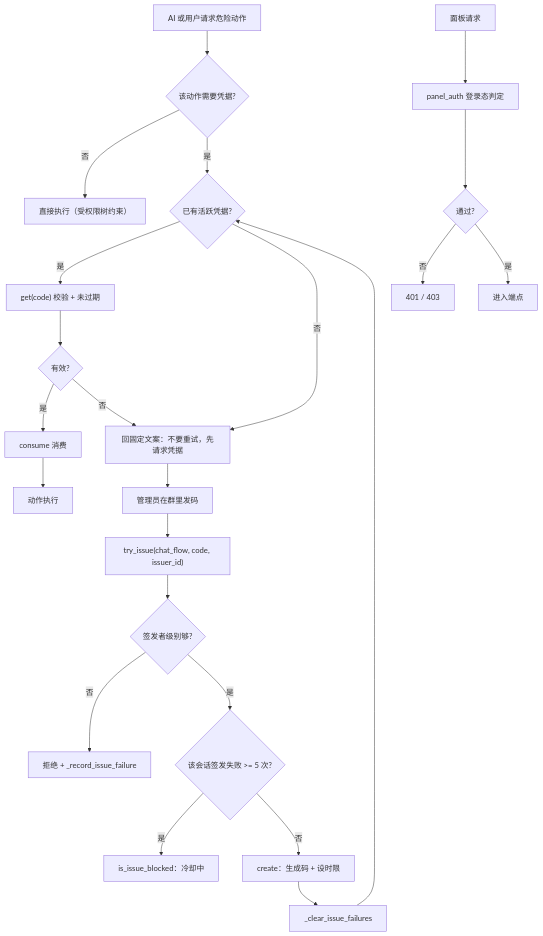
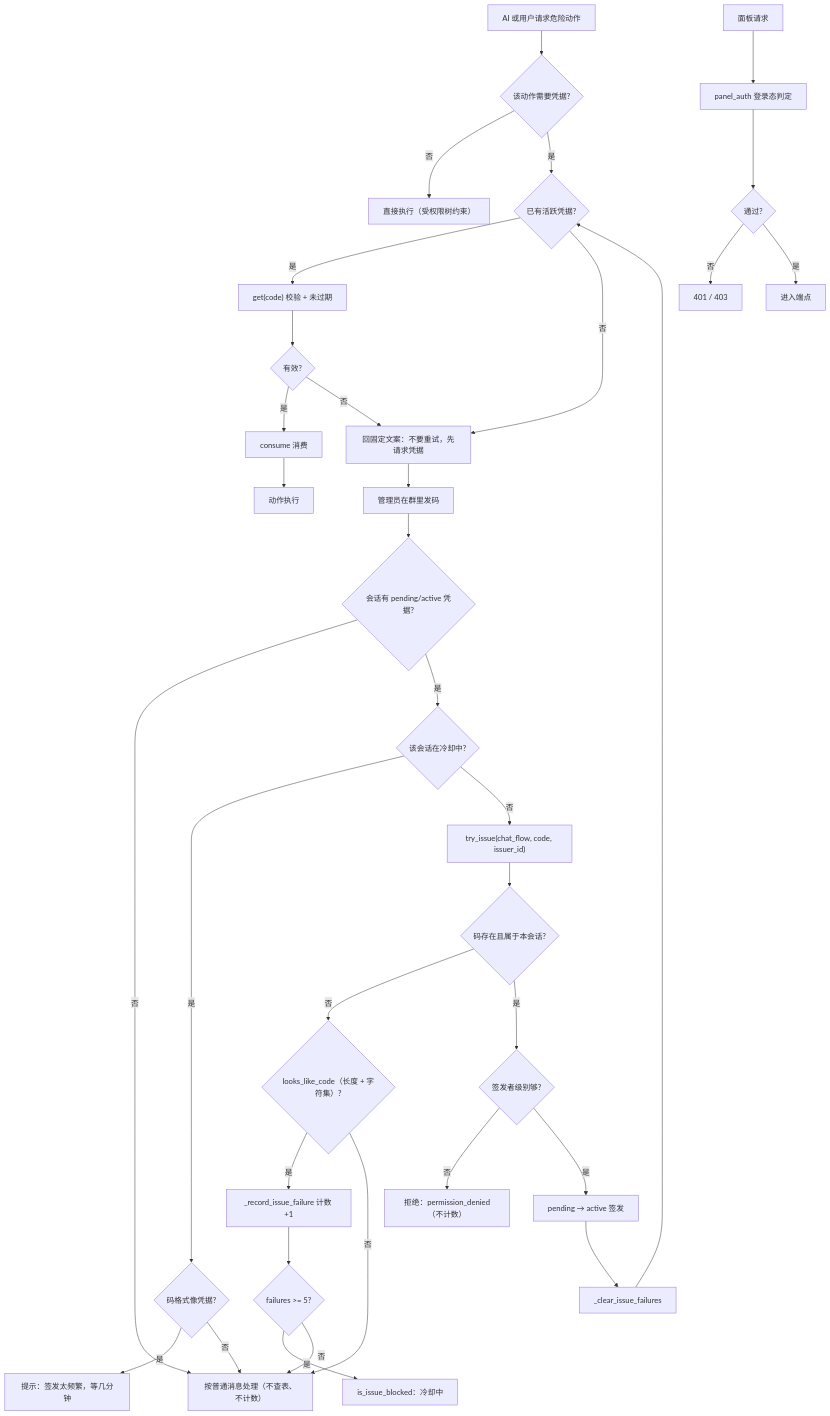
Before and after one commit to SuperQuail/NeoBot: the first of 8 diagrams in docs/flow/19-credentials-security.md, drawn with Mermaid. The commit also changed other lines of this file and 5 other files, not shown here.

````diff
--- a/docs/flow/19-credentials-security.md
+++ b/docs/flow/19-credentials-security.md
@@ -27,25 +27,36 @@
 ```mermaid
 flowchart TD
     A["AI 或用户请求危险动作"] --> B{"该动作需要凭据?"}
     B -- 否 --> C["直接执行（受权限树约束）"]
     B -- 是 --> D{"已有活跃凭据?"}
     D -- 是 --> E["get(code) 校验 + 未过期"]
     E --> F{"有效?"}
     F -- 是 --> G["consume 消费"]
     G --> H["动作执行"]
     F -- 否 --> I["回固定文案：不要重试，先请求凭据"]
     D -- 否 --> I
     I --> J["管理员在群里发码"]
-    J --> K["try_issue(chat_flow, code, issuer_id)"]
-    K --> L{"签发者级别够?"}
-    L -- 否 --> M["拒绝 + _record_issue_failure"]
-    L -- 是 --> N{"该会话签发失败 >= 5 次?"}
-    N -- 是 --> O["is_issue_blocked：冷却中"]
-    N -- 否 --> P["create：生成码 + 设时限"]
+    J --> J1{"会话有 pending/active 凭据?"}
+    J1 -- 否 --> X["按普通消息处理（不查表、不计数）"]
+    J1 -- 是 --> J2{"该会话在冷却中?"}
+    J2 -- 是 --> Y{"码格式像凭据?"}
+    Y -- 是 --> Z["提示：签发太频繁，等几分钟"]
+    Y -- 否 --> X
+    J2 -- 否 --> K["try_issue(chat_flow, code, issuer_id)"]
+    K --> K1{"码存在且属于本会话?"}
+    K1 -- 否 --> K2{"looks_like_code（长度 + 字符集）?"}
+    K2 -- 是 --> K3["_record_issue_failure 计数 +1"]
+    K2 -- 否 --> X
+    K3 --> K4{"failures >= 5?"}
+    K4 -- 是 --> O["is_issue_blocked：冷却中"]
+    K4 -- 否 --> X
+    K1 -- 是 --> L{"签发者级别够?"}
+    L -- 否 --> M["拒绝：permission_denied（不计数）"]
+    L -- 是 --> P["pending → active 签发"]
     P --> Q["_clear_issue_failures"]
     Q --> D
     R["面板请求"] --> S["panel_auth 登录态判定"]
     S --> T{"通过?"}
     T -- 否 --> U["401 / 403"]
     T -- 是 --> V["进入端点"]
 ```
````
